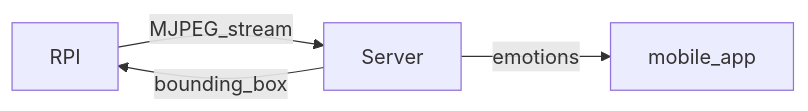
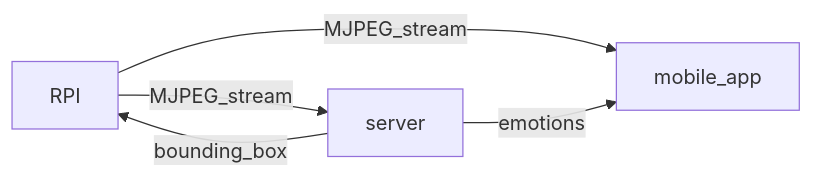
Before and after one commit to zofiadrozdowska0/Doggy_monitor: the first of 2 diagrams in server/README.md, drawn with Mermaid.

Commit message:
poprawka readme servera

````diff
--- a/server/README.md
+++ b/server/README.md
@@ -35,6 +35,7 @@
 ```mermaid
 flowchart LR
-    RPI-- MJPEG_stream -->Server
-    Server-- bounding_box -->RPI
-    Server-- emotions -->mobile_app
+    RPI-- MJPEG_stream -->server
+    RPI-- MJPEG_stream -->mobile_app
+    server-- bounding_box -->RPI
+    server-- emotions -->mobile_app
 ```
````
